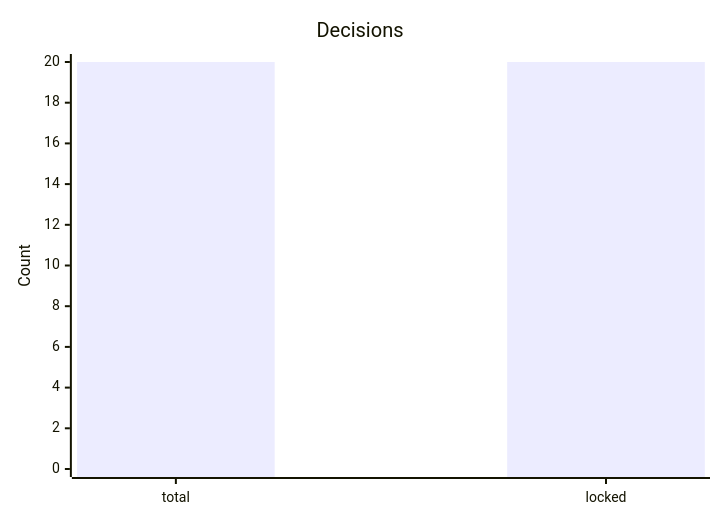
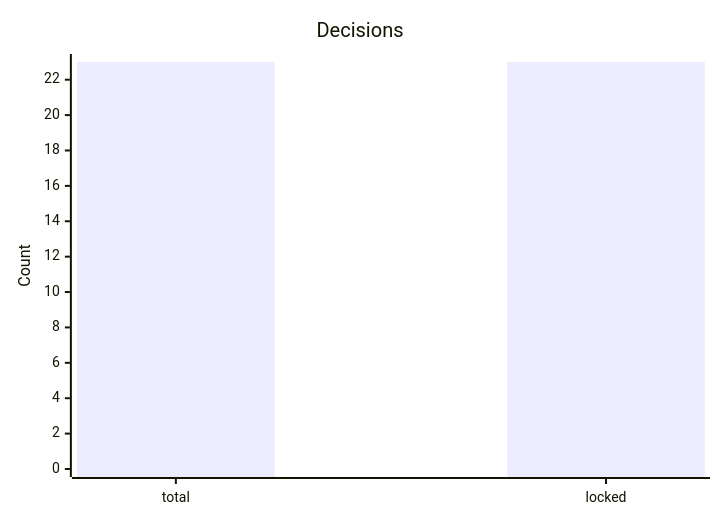
The diagram in reports/status/decisions.md (SH99999/mediastreamer), drawn with Mermaid before and after one commit. The commit also changed other lines of this file and 26 other files, not shown here.

````diff
--- a/reports/status/decisions.md
+++ b/reports/status/decisions.md
@@ -33,7 +40,7 @@
 ```mermaid
 xychart-beta
     title "Decisions"
     x-axis ["total", "locked"]
-    y-axis "Count" 0 --> 20
-    bar [20, 20]
+    y-axis "Count" 0 --> 23
+    bar [23, 23]
 ```
````
